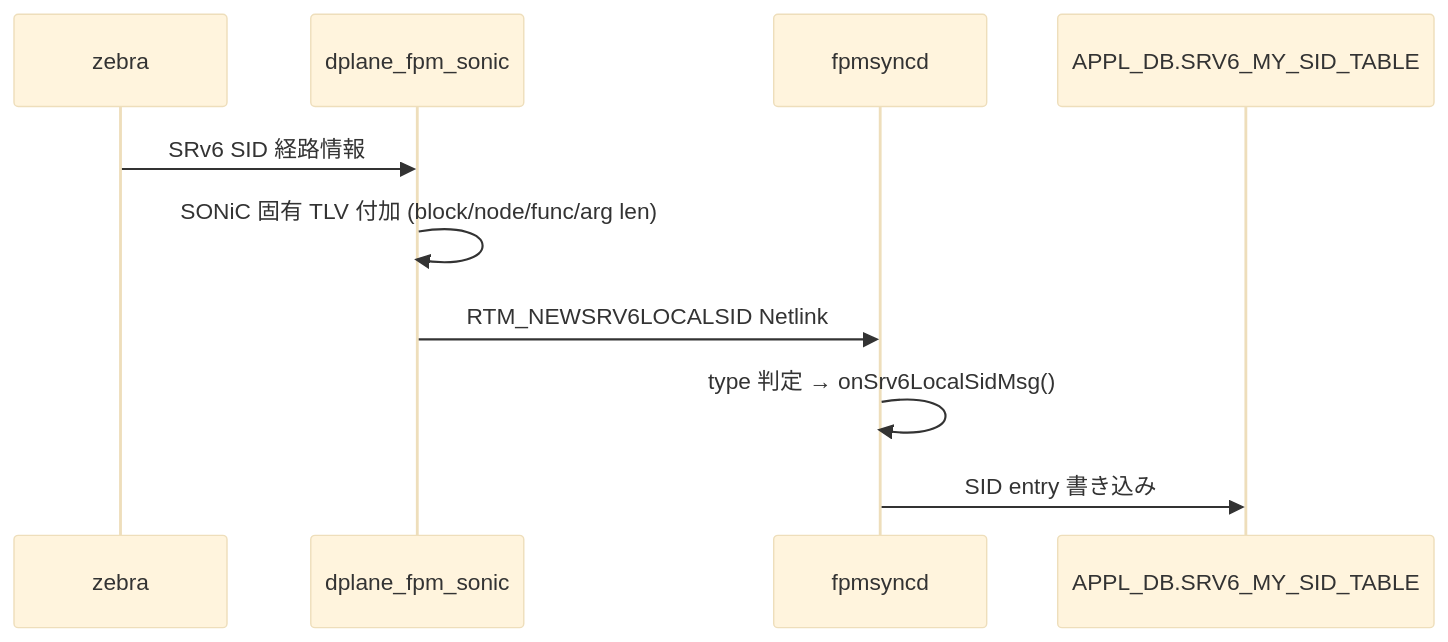
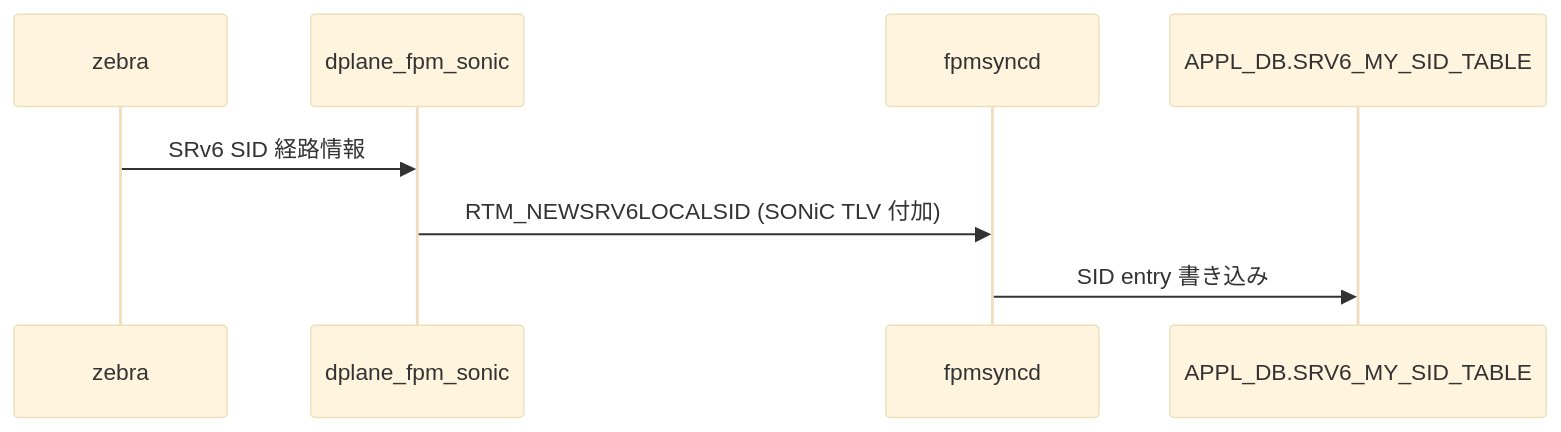
The second of 2 diagrams in docs/routing/new-frr-sonic-communication-channel.md (aoki-taquan/sonic-unofficial-docs), drawn with Mermaid (base theme) before and after one commit. The commit also changed other lines of this file and 5 other files, not shown here.

````diff
--- a/docs/routing/new-frr-sonic-communication-channel.md
+++ b/docs/routing/new-frr-sonic-communication-channel.md
@@ -122,12 +64,10 @@
 ```mermaid
 sequenceDiagram
     participant ZB as zebra
     participant DFS as dplane_fpm_sonic
     participant FS as fpmsyncd
     participant APP as APPL_DB.SRV6_MY_SID_TABLE
     ZB->>DFS: SRv6 SID 経路情報
-    DFS->>DFS: SONiC 固有 TLV 付加 (block/node/func/arg len)
-    DFS->>FS: RTM_NEWSRV6LOCALSID Netlink
-    FS->>FS: type 判定 → onSrv6LocalSidMsg()
+    DFS->>FS: RTM_NEWSRV6LOCALSID (SONiC TLV 付加)
     FS->>APP: SID entry 書き込み
 ```
````
